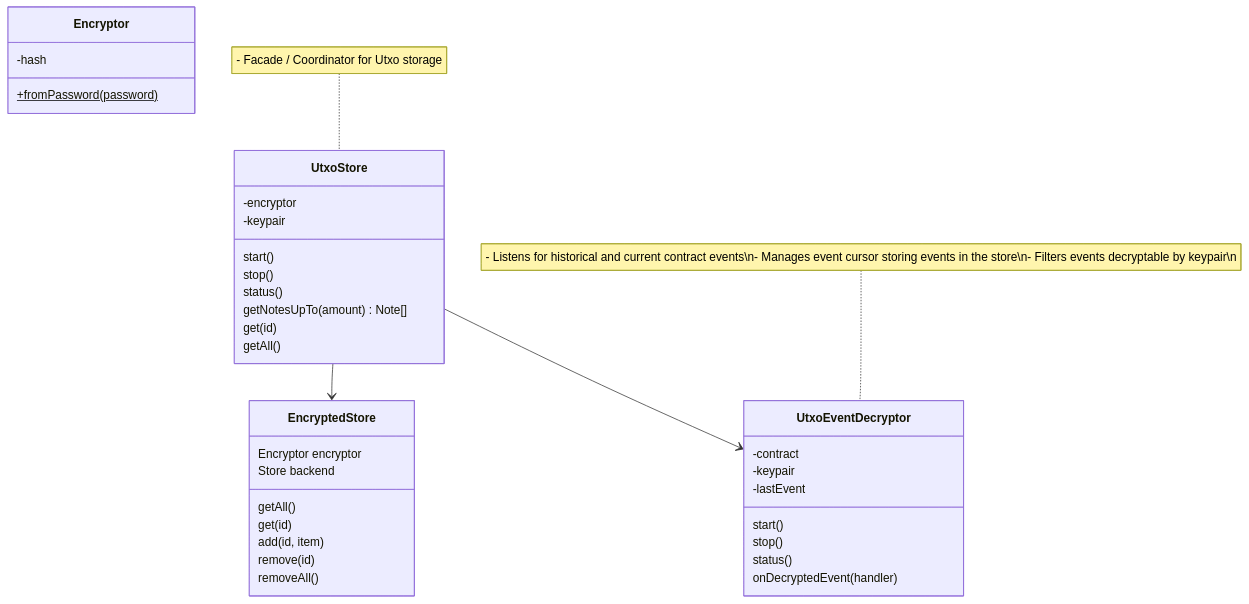
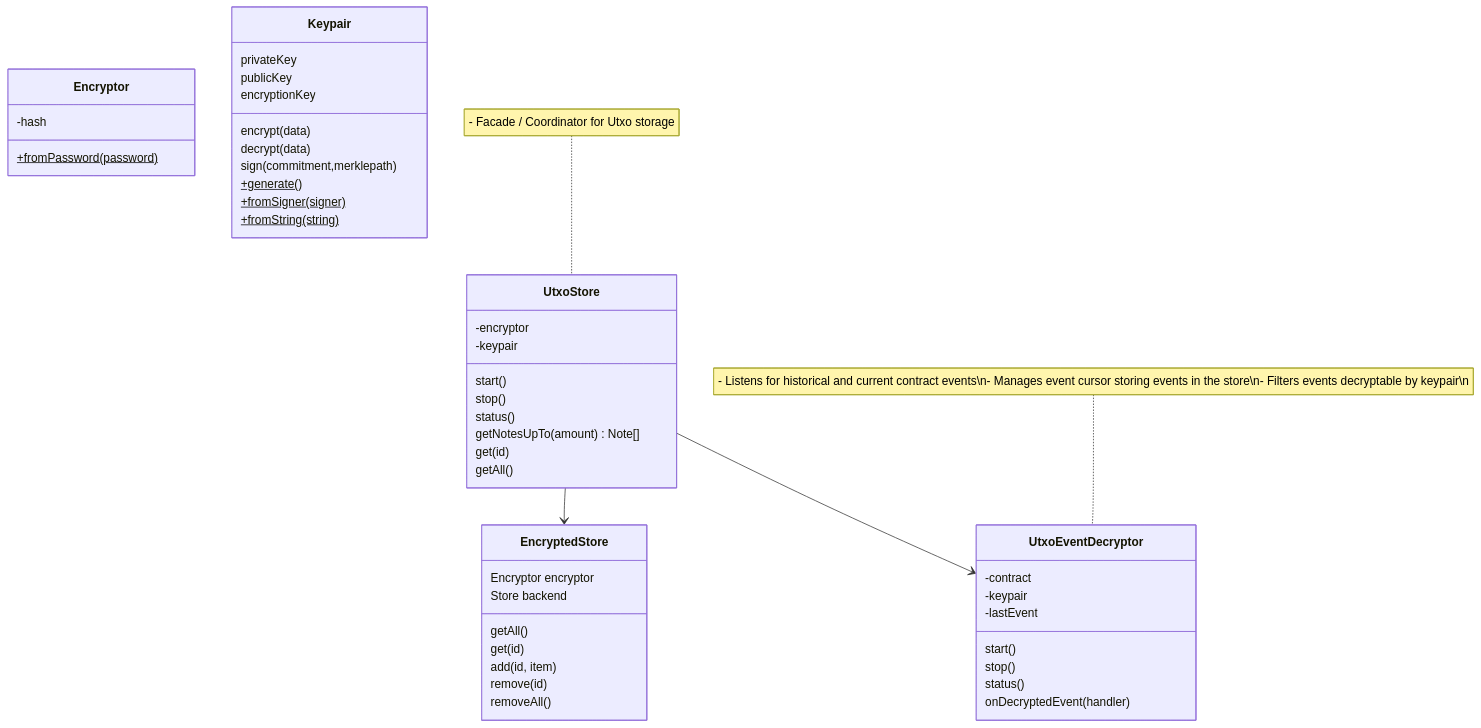
One commit to blockhackersio/zrclib changed the diagram in README.md. Above: the diagram before and after it, drawn with Mermaid.

Commit message:
Update diagram to include Keypair

````diff
--- a/README.md
+++ b/README.md
@@ -85,43 +85,57 @@
 ```mermaid
 
 classDiagram
     note for UtxoStore "- Facade / Coordinator for Utxo storage"
 
     class UtxoStore
     UtxoStore: -encryptor
     UtxoStore: -keypair
     UtxoStore: start()
     UtxoStore: stop()
     UtxoStore: status()
     UtxoStore: getNotesUpTo(amount) Note[]
     UtxoStore: get(id)
     UtxoStore: getAll()
 
     note for UtxoEventDecryptor "- Listens for historical and current contract events\n- Manages event cursor storing events in the store\n- Filters events decryptable by keypair\n"
 
     class UtxoEventDecryptor
     UtxoEventDecryptor: -contract
     UtxoEventDecryptor: -keypair
     UtxoEventDecryptor: -lastEvent
     UtxoEventDecryptor: start()
     UtxoEventDecryptor: stop()
     UtxoEventDecryptor: status()
     UtxoEventDecryptor: onDecryptedEvent(handler)
 
     class Encryptor
     Encryptor: -hash
     Encryptor: +fromPassword(password)$
 
     class EncryptedStore
     EncryptedStore: Encryptor encryptor
     EncryptedStore: Store backend
     EncryptedStore: getAll()
     EncryptedStore: get(id)
     EncryptedStore: add(id, item)
     EncryptedStore: remove(id)
     EncryptedStore: removeAll()
 
+    class Keypair
+    Keypair: privateKey
+    Keypair: publicKey
+    Keypair: encryptionKey
+    Keypair: encrypt(data)
+    Keypair: decrypt(data)
+    Keypair: sign(commitment,merklepath)
+    Keypair: +generate()$
+    Keypair: +fromSigner(signer)$
+    Keypair: +fromString(string)$
+
+
     UtxoStore --> EncryptedStore
     UtxoStore --> UtxoEventDecryptor
 
+
+
 ```
````
